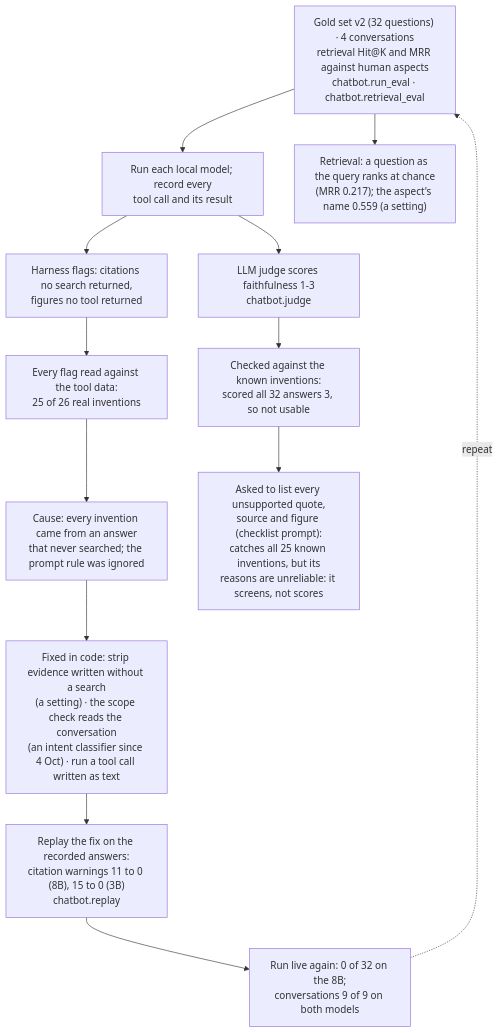
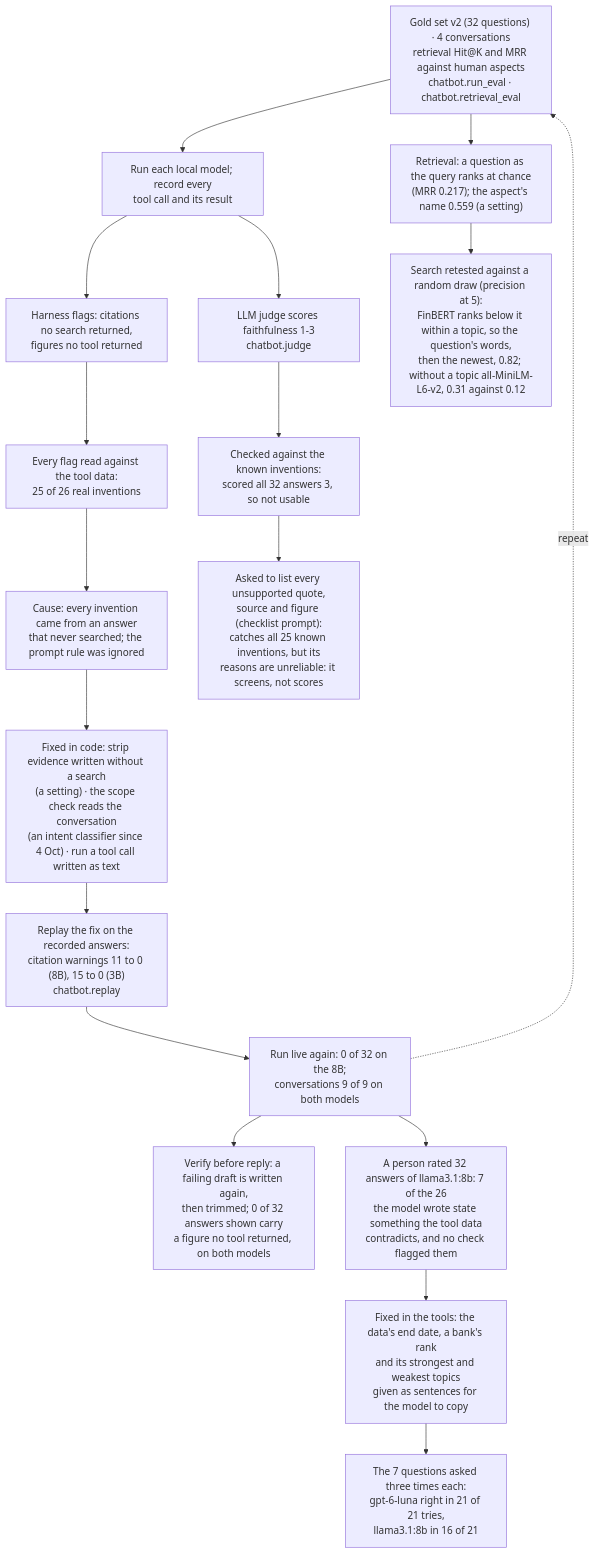
Before and after one commit to Gavingyh/plp-project: the diagram in docs/diagrams/23-chatbot-improvement-loop.md, drawn with Mermaid. The commit also changed other lines of this file and 124 other files, not shown here.

````diff
--- a/docs/diagrams/23-chatbot-improvement-loop.md
+++ b/docs/diagrams/23-chatbot-improvement-loop.md
@@ -7,23 +7,30 @@
 ```mermaid
 flowchart TB
   accTitle: Chatbot evaluation and improvement loop
-  accDescr: A frozen gold set, multi-turn conversations and retrieval metrics are run on each local model, recording every tool call and result. The harness flags invented citations and unverified figures; each flag is read by hand against the tool data. The cause found was that every invented citation came from an answer that never searched. Fixes went into code, were replayed on the recorded answers, then run live. The LLM judge was checked against the known inventions and failed; asked to list unsupported quotes, sources and figures instead, the same model caught all of them.
+  accDescr: A frozen gold set, multi-turn conversations and retrieval metrics are run on each local model, recording every tool call and result. The harness flags invented citations and unverified figures; each flag is read by hand against the tool data. The cause found was that every invented citation came from an answer that never searched. Fixes went into code, were replayed on the recorded answers, then run live. The LLM judge was checked against the known inventions and failed; asked to list unsupported quotes, sources and figures instead, the same model caught all of them. Later rounds: answers are verified before they are shown; a person rated the answers and found misdescribed figures no check could flag, which were fixed in the tools and retested; and the evidence search was retested against a random draw and changed.
 
   gold["Gold set v2 (32 questions) · 4 conversations<br/>retrieval Hit@K and MRR against human aspects<br/>chatbot.run_eval · chatbot.retrieval_eval"]
   run["Run each local model; record every<br/>tool call and its result"]
   flags["Harness flags: citations no search returned,<br/>figures no tool returned"]
   read["Every flag read against the tool data:<br/>25 of 26 real inventions"]
   cause["Cause: every invention came from an answer<br/>that never searched; the prompt rule was ignored"]
   fix["Fixed in code: strip evidence written without a search<br/>(a setting) · the scope check reads the conversation<br/>(an intent classifier since 4 Oct) · run a tool call written as text"]
   replay["Replay the fix on the recorded answers:<br/>citation warnings 11 to 0 (8B), 15 to 0 (3B)<br/>chatbot.replay"]
   live["Run live again: 0 of 32 on the 8B;<br/>conversations 9 of 9 on both models"]
   retr["Retrieval: a question as the query ranks at chance<br/>(MRR 0.217); the aspect's name 0.559 (a setting)"]
   judge["LLM judge scores faithfulness 1-3<br/>chatbot.judge"]
   jcheck["Checked against the known inventions:<br/>scored all 32 answers 3, so not usable"]
   jnext["Asked to list every unsupported quote,<br/>source and figure (checklist prompt):<br/>catches all 25 known inventions, but its<br/>reasons are unreliable: it screens, not scores"]
+  verify["Verify before reply: a failing draft is written again,<br/>then trimmed; 0 of 32 answers shown carry<br/>a figure no tool returned, on both models"]
+  rate["A person rated 32 answers of llama3.1:8b: 7 of the 26<br/>the model wrote state something the tool data<br/>contradicts, and no check flagged them"]
+  fix2["Fixed in the tools: the data's end date, a bank's rank<br/>and its strongest and weakest topics<br/>given as sentences for the model to copy"]
+  retest["The 7 questions asked three times each:<br/>gpt-6-luna right in 21 of 21 tries,<br/>llama3.1:8b in 16 of 21"]
+  retr2["Search retested against a random draw (precision at 5):<br/>FinBERT ranks below it within a topic, so the question's words,<br/>then the newest, 0.82; without a topic all-MiniLM-L6-v2, 0.31 against 0.12"]
 
   gold --> run --> flags --> read --> cause --> fix --> replay --> live
-  gold --> retr
+  gold --> retr --> retr2
+  live --> verify
+  live --> rate --> fix2 --> retest
   run --> judge --> jcheck --> jnext
   live -. repeat .-> gold
 ```
````
